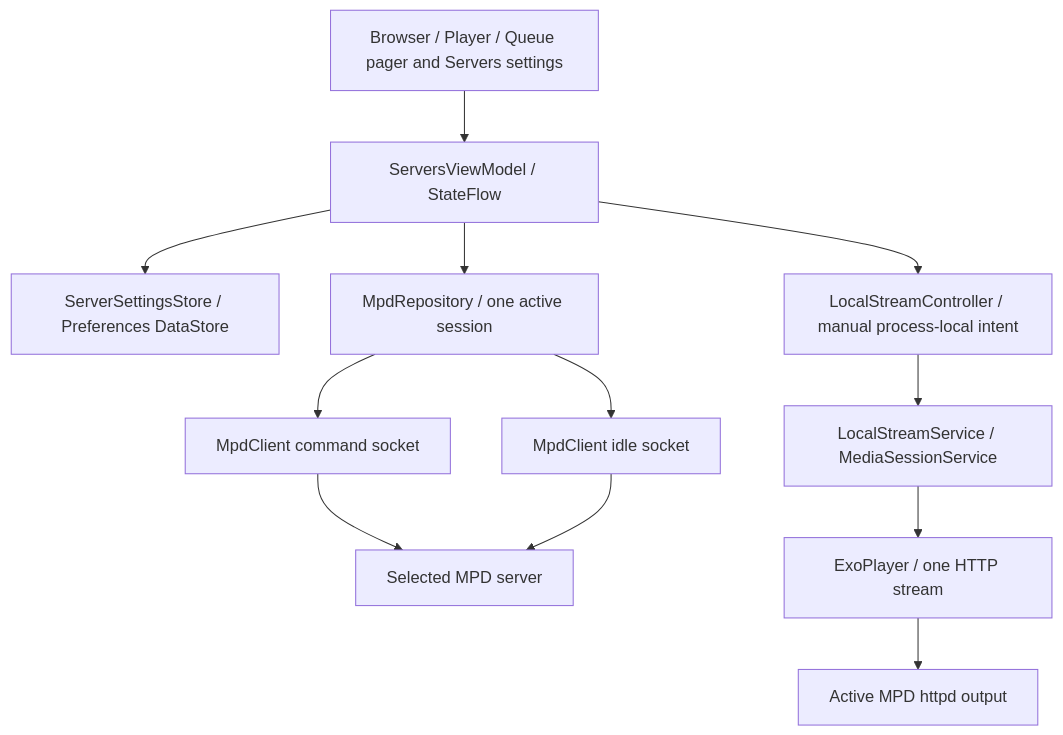
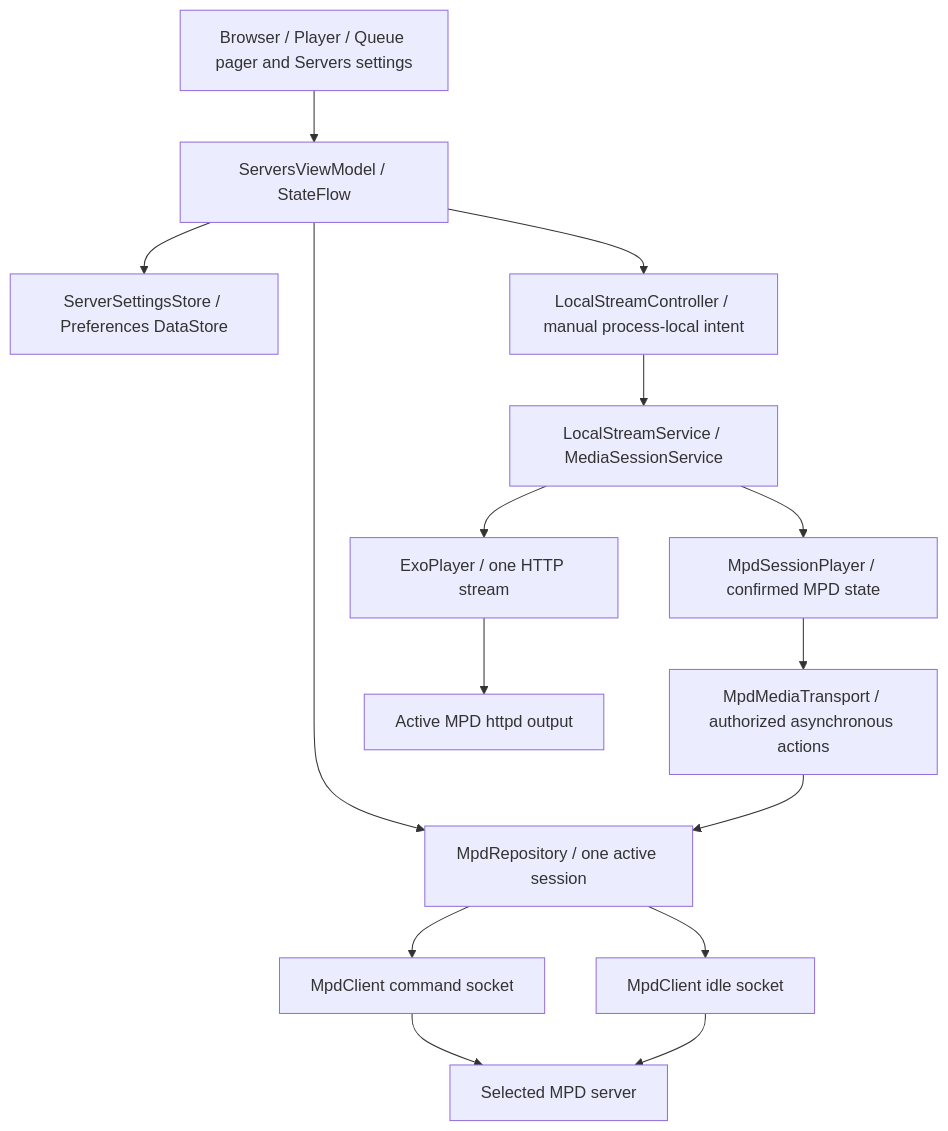
One commit to jschbe/SimpleMPDPlayer changed the diagram in docs/ARCHITECTURE.md. Above: the diagram before and after it, drawn with Mermaid. The commit also changed other lines of this file and 23 other files, not shown here.

````diff
--- a/docs/ARCHITECTURE.md
+++ b/docs/ARCHITECTURE.md
@@ -21,14 +21,17 @@
 ```mermaid
 flowchart TD
     UI[Browser / Player / Queue pager and Servers settings] --> VM[ServersViewModel / StateFlow]
     VM --> STORE[ServerSettingsStore / Preferences DataStore]
     VM --> REPO[MpdRepository / one active session]
     REPO --> CMD[MpdClient command socket]
     REPO --> IDLE[MpdClient idle socket]
     CMD --> MPD[Selected MPD server]
     IDLE --> MPD
     VM --> LOCAL[LocalStreamController / manual process-local intent]
     LOCAL --> SERVICE[LocalStreamService / MediaSessionService]
+    SERVICE --> FACADE[MpdSessionPlayer / confirmed MPD state]
+    FACADE --> TRANSPORT[MpdMediaTransport / authorized asynchronous actions]
+    TRANSPORT --> REPO
     SERVICE --> EXO[ExoPlayer / one HTTP stream]
     EXO --> HTTP[Active MPD httpd output]
 ```
````
